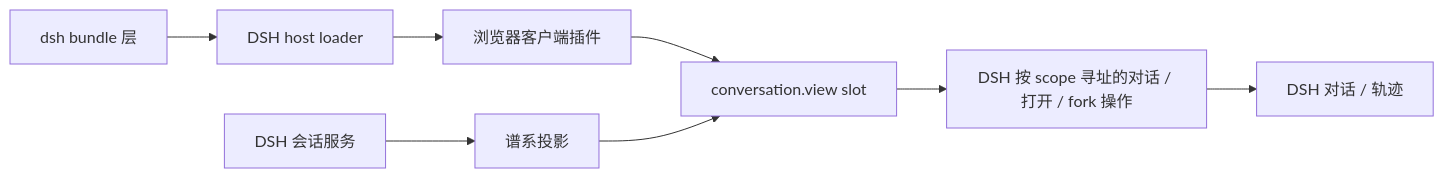
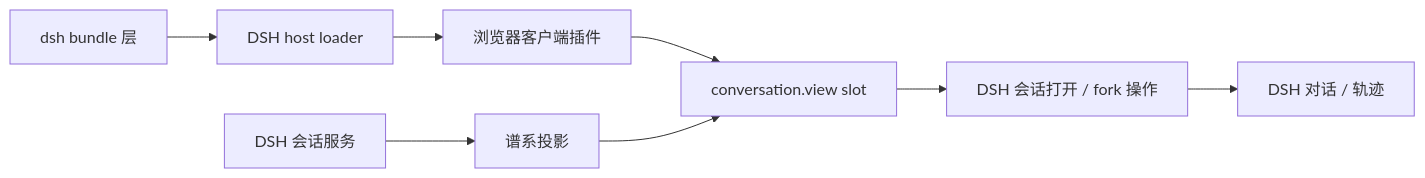
Before and after one commit to Nirvana-Jie/dsh-session-tree: the diagram in docs/architecture.zh-CN.md, drawn with Mermaid. The commit also changed other lines of this file and 11 other files, not shown here.

````diff
--- a/docs/architecture.zh-CN.md
+++ b/docs/architecture.zh-CN.md
@@ -20,10 +20,10 @@
 ```mermaid
 flowchart LR
   B["dsh bundle 层"] --> H["DSH host loader"]
   H --> C["浏览器客户端插件"]
   C --> S["conversation.view slot"]
   D["DSH 会话服务"] --> M["谱系投影"]
   M --> S
-  S --> A["DSH 按 scope 寻址的对话 / 打开 / fork 操作"]
+  S --> A["DSH 会话打开 / fork 操作"]
   A --> V["DSH 对话 / 轨迹"]
 ```
````
